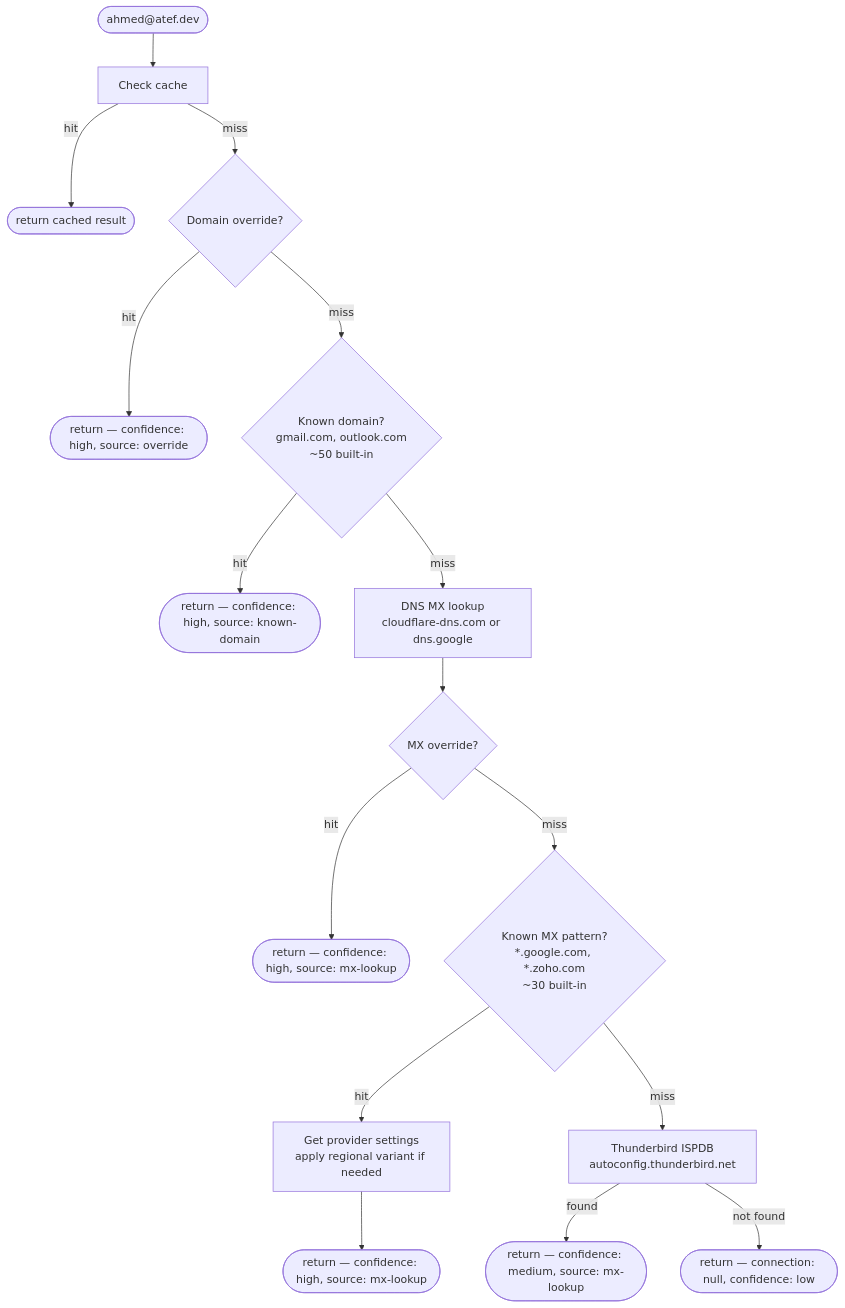
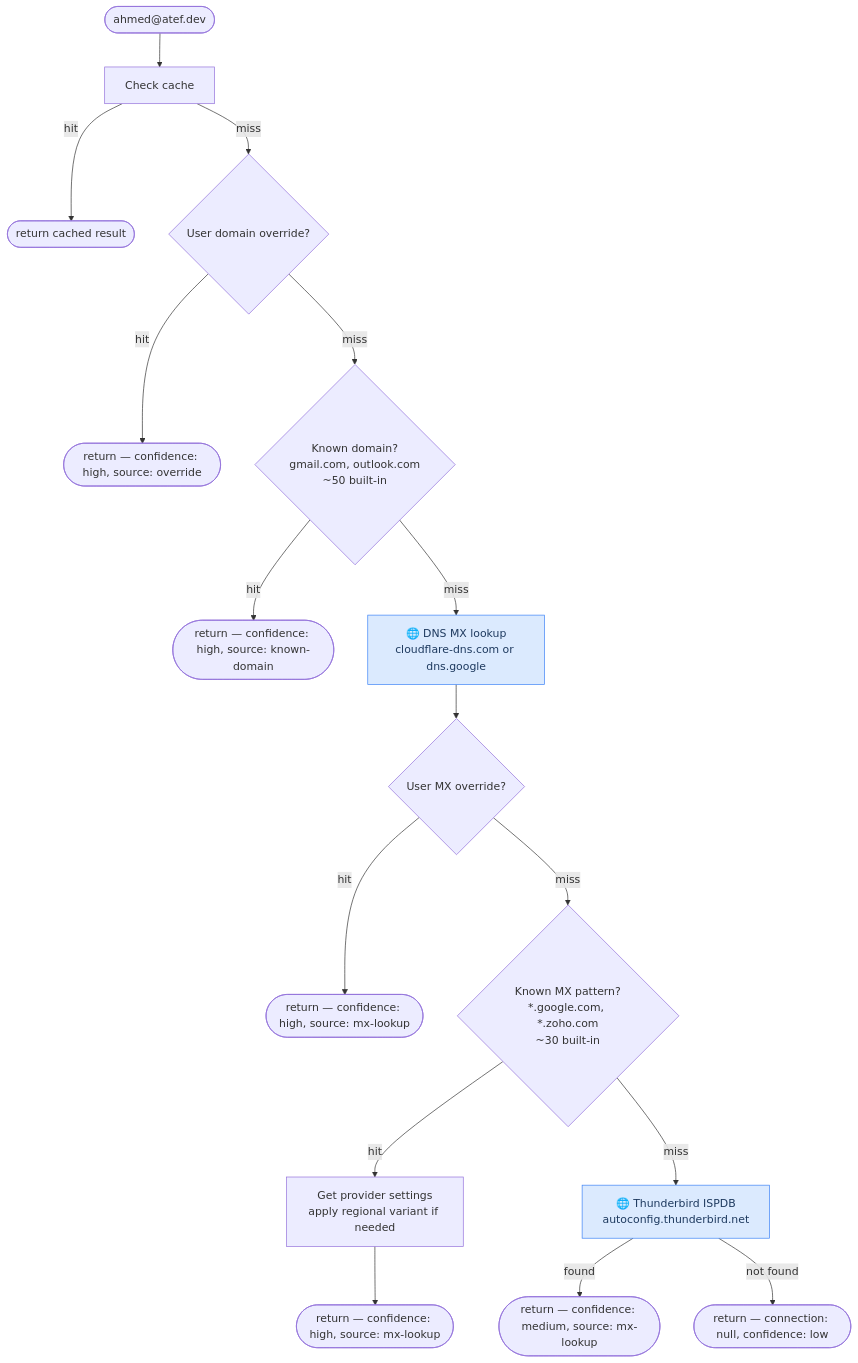
The diagram in README.md (AhmedAtef07/mailintel), drawn with Mermaid before and after one commit.

Commit message:
Diagram: clarify MX override labels, highlight external HTTP calls

````diff
--- a/README.md
+++ b/README.md
@@ -144,24 +144,28 @@
 ```mermaid
 flowchart TD
+    classDef external fill:#dbeafe,stroke:#3b82f6,color:#1e3a5f
+
     A(["ahmed@atef.dev"]) --> B[Check cache]
 
     B -->|hit| Z1([return cached result])
-    B -->|miss| C{Domain override?}
+    B -->|miss| C{User domain override?}
 
     C -->|hit| Z2(["return — confidence: high, source: override"])
     C -->|miss| D{"Known domain?<br/>gmail.com, outlook.com<br/>~50 built-in"}
 
     D -->|hit| Z3(["return — confidence: high, source: known-domain"])
-    D -->|miss| E["DNS MX lookup<br/>cloudflare-dns.com or dns.google"]
+    D -->|miss| E["🌐 DNS MX lookup<br/>cloudflare-dns.com or dns.google"]
 
-    E --> F{MX override?}
+    E --> F{User MX override?}
     F -->|hit| Z4(["return — confidence: high, source: mx-lookup"])
     F -->|miss| G{"Known MX pattern?<br/>*.google.com, *.zoho.com<br/>~30 built-in"}
 
     G -->|hit| H["Get provider settings<br/>apply regional variant if needed"]
-    G -->|miss| I["Thunderbird ISPDB<br/>autoconfig.thunderbird.net"]
+    G -->|miss| I["🌐 Thunderbird ISPDB<br/>autoconfig.thunderbird.net"]
 
     H --> J(["return — confidence: high, source: mx-lookup"])
     I -->|found| K(["return — confidence: medium, source: mx-lookup"])
     I -->|not found| L(["return — connection: null, confidence: low"])
+
+    class E,I external
 ```
````
